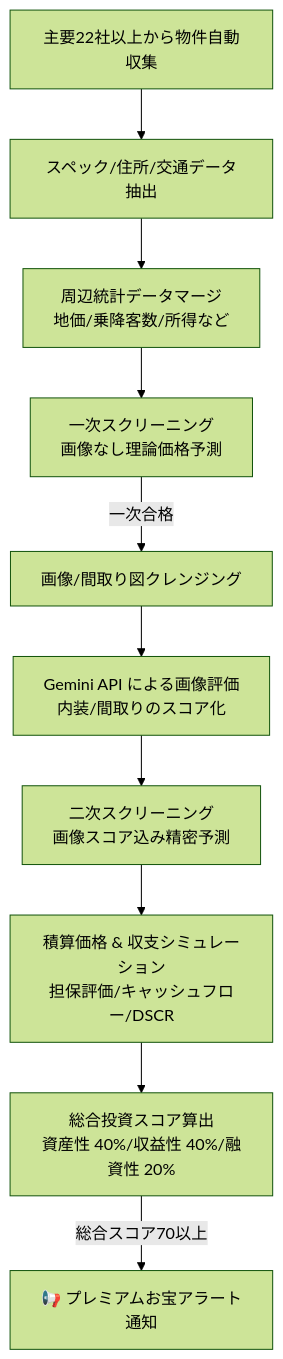
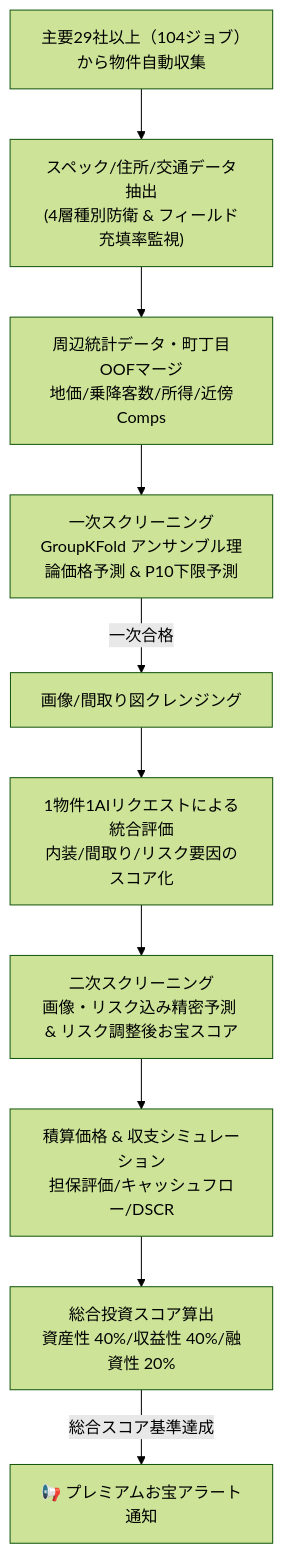
Before and after one commit to AnaharaYasuo/realestate_crawler: the diagram in docs/1_architecture/project_status_and_design_intent.md, drawn with Mermaid (forest theme). The commit also changed other lines of this file and 139 other files, not shown here.

````diff
--- a/docs/1_architecture/project_status_and_design_intent.md
+++ b/docs/1_architecture/project_status_and_design_intent.md
@@ -11,12 +11,12 @@
 ```mermaid
 graph TD
-    A[主要22社以上から物件自動収集] --> B[スペック/住所/交通データ抽出]
-    B --> C[周辺統計データマージ<br>地価/乗降客数/所得など]
-    C --> D[一次スクリーニング<br>画像なし理論価格予測]
-    D -->|一次合格| E[画像/間取り図クレンジング]
-    E --> F[Gemini API による画像評価<br>内装/間取りのスコア化]
-    F --> G[二次スクリーニング<br>画像スコア込み精密予測]
-    G --> H[積算価格 & 収支シミュレーション<br>担保評価/キャッシュフロー/DSCR]
-    H --> I[総合投資スコア算出<br>資産性 40%/収益性 40%/融資性 20%]
-    I -->|総合スコア70以上| J[📢 プレミアムお宝アラート通知]
+    A["主要29社以上（104ジョブ）から物件自動収集"] --> B["スペック/住所/交通データ抽出<br>(4層種別防衛 & フィールド充填率監視)"]
+    B --> C["周辺統計データ・町丁目OOFマージ<br>地価/乗降客数/所得/近傍Comps"]
+    C --> D["一次スクリーニング<br>GroupKFold アンサンブル理論価格予測 & P10下限予測"]
+    D -->|一次合格| E["画像/間取り図クレンジング"]
+    E --> F["1物件1AIリクエストによる統合評価<br>内装/間取り/リスク要因のスコア化"]
+    F --> G["二次スクリーニング<br>画像・リスク込み精密予測 & リスク調整後お宝スコア"]
+    G --> H["積算価格 & 収支シミュレーション<br>担保評価/キャッシュフロー/DSCR"]
+    H --> I["総合投資スコア算出<br>資産性 40%/収益性 40%/融資性 20%"]
+    I -->|総合スコア基準達成| J["📢 プレミアムお宝アラート通知"]
 ```
````
